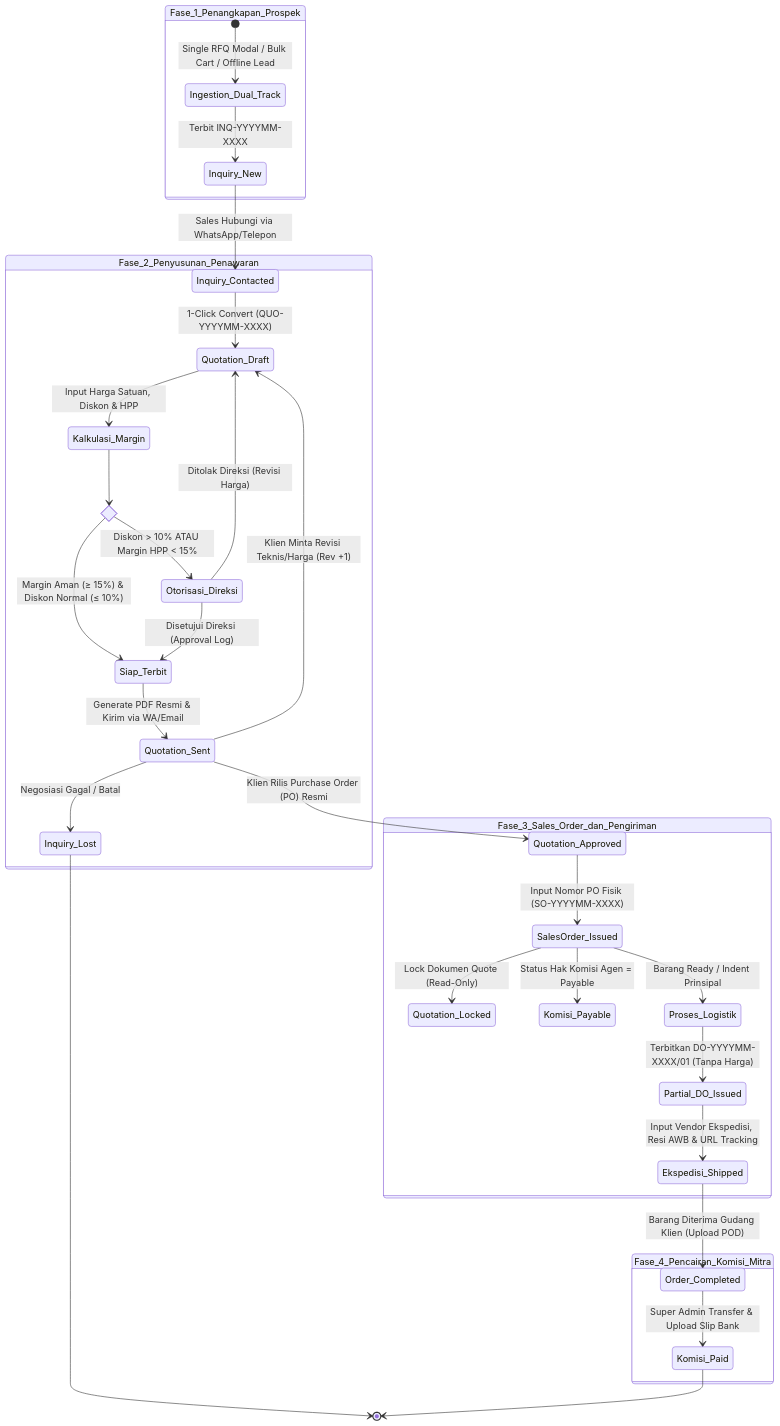
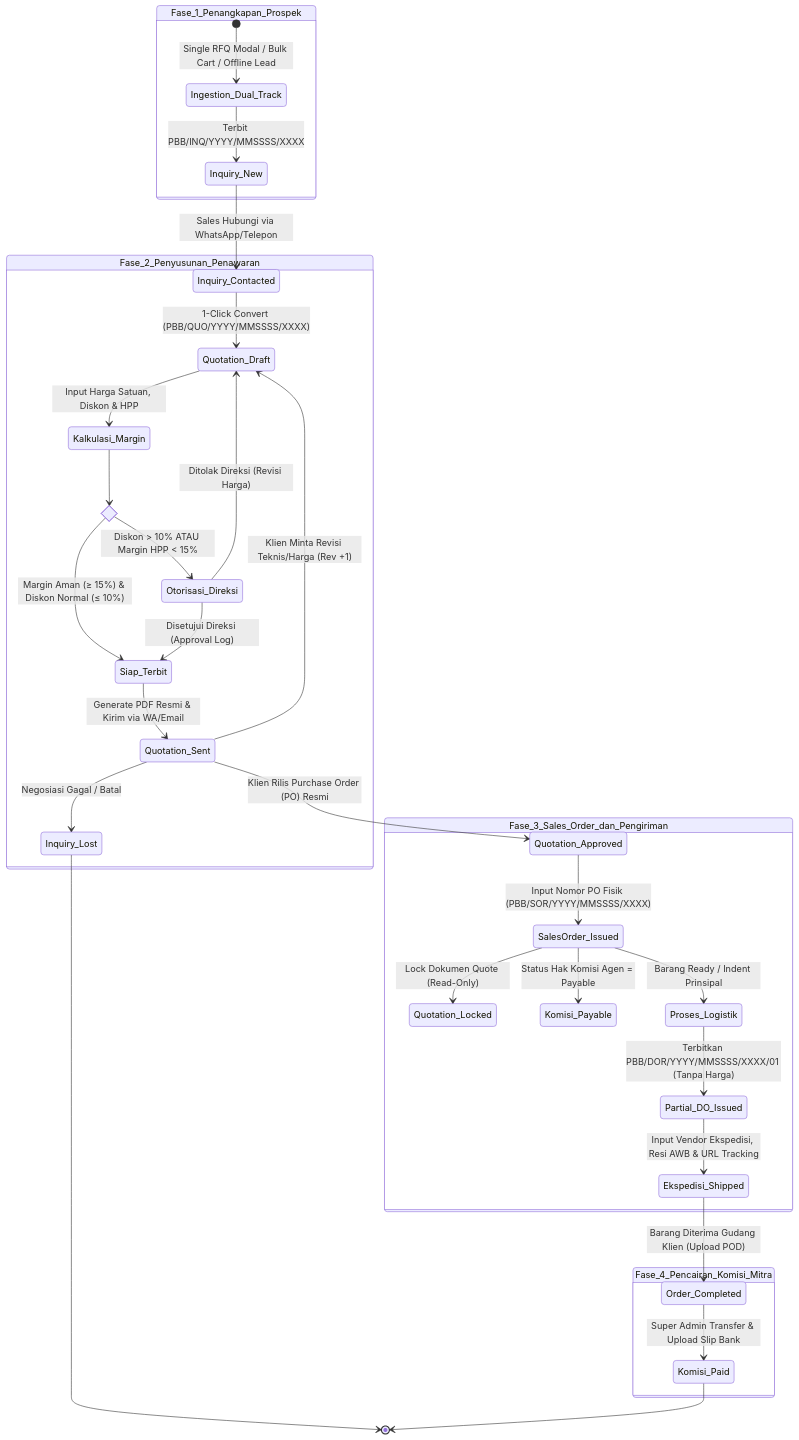
The first of 2 diagrams in docs/02-architecture-and-design/SAD/04-commercial-state-machine-and-data-pipelines.md (Dinoxxc/bimabergawa), drawn with Mermaid before and after one commit. The commit also changed other lines of this file and 23 other files, not shown here.

````diff
--- a/docs/02-architecture-and-design/SAD/04-commercial-state-machine-and-data-pipelines.md
+++ b/docs/02-architecture-and-design/SAD/04-commercial-state-machine-and-data-pipelines.md
@@ -29,46 +29,46 @@
 ```mermaid
 stateDiagram-v2
     direction TB
 
     state Fase_1_Penangkapan_Prospek {
         [*] --> Ingestion_Dual_Track: Single RFQ Modal / Bulk Cart / Offline Lead
-        Ingestion_Dual_Track --> Inquiry_New: Terbit INQ-YYYYMM-XXXX
+        Ingestion_Dual_Track --> Inquiry_New: Terbit PBB/INQ/YYYY/MMSSSS/XXXX
         Inquiry_New --> Inquiry_Contacted: Sales Hubungi via WhatsApp/Telepon
     }
 
     state Fase_2_Penyusunan_Penawaran {
-        Inquiry_Contacted --> Quotation_Draft: 1-Click Convert (QUO-YYYYMM-XXXX)
+        Inquiry_Contacted --> Quotation_Draft: 1-Click Convert (PBB/QUO/YYYY/MMSSSS/XXXX)
         Quotation_Draft --> Kalkulasi_Margin: Input Harga Satuan, Diskon & HPP
         
         state Margin_Gate <<choice>>
         Kalkulasi_Margin --> Margin_Gate
         Margin_Gate --> Otorisasi_Direksi: Diskon > 10% ATAU Margin HPP < 15%
         Margin_Gate --> Siap_Terbit: Margin Aman (≥ 15%) & Diskon Normal (≤ 10%)
         
         Otorisasi_Direksi --> Siap_Terbit: Disetujui Direksi (Approval Log)
         Otorisasi_Direksi --> Quotation_Draft: Ditolak Direksi (Revisi Harga)
 
         Siap_Terbit --> Quotation_Sent: Generate PDF Resmi & Kirim via WA/Email
         Quotation_Sent --> Quotation_Draft: Klien Minta Revisi Teknis/Harga (Rev +1)
         Quotation_Sent --> Inquiry_Lost: Negosiasi Gagal / Batal
         Quotation_Sent --> Quotation_Approved: Klien Rilis Purchase Order (PO) Resmi
     }
 
     state Fase_3_Sales_Order_dan_Pengiriman {
-        Quotation_Approved --> SalesOrder_Issued: Input Nomor PO Fisik (SO-YYYYMM-XXXX)
+        Quotation_Approved --> SalesOrder_Issued: Input Nomor PO Fisik (PBB/SOR/YYYY/MMSSSS/XXXX)
         SalesOrder_Issued --> Quotation_Locked: Lock Dokumen Quote (Read-Only)
         SalesOrder_Issued --> Komisi_Payable: Status Hak Komisi Agen = Payable
         
         SalesOrder_Issued --> Proses_Logistik: Barang Ready / Indent Prinsipal
-        Proses_Logistik --> Partial_DO_Issued: Terbitkan DO-YYYYMM-XXXX/01 (Tanpa Harga)
+        Proses_Logistik --> Partial_DO_Issued: Terbitkan PBB/DOR/YYYY/MMSSSS/XXXX/01 (Tanpa Harga)
         Partial_DO_Issued --> Ekspedisi_Shipped: Input Vendor Ekspedisi, Resi AWB & URL Tracking
         Ekspedisi_Shipped --> Order_Completed: Barang Diterima Gudang Klien (Upload POD)
     }
 
     state Fase_4_Pencairan_Komisi_Mitra {
         Order_Completed --> Komisi_Paid: Super Admin Transfer & Upload Slip Bank
     }
 
     Inquiry_Lost --> [*]
     Komisi_Paid --> [*]
 ```
````
